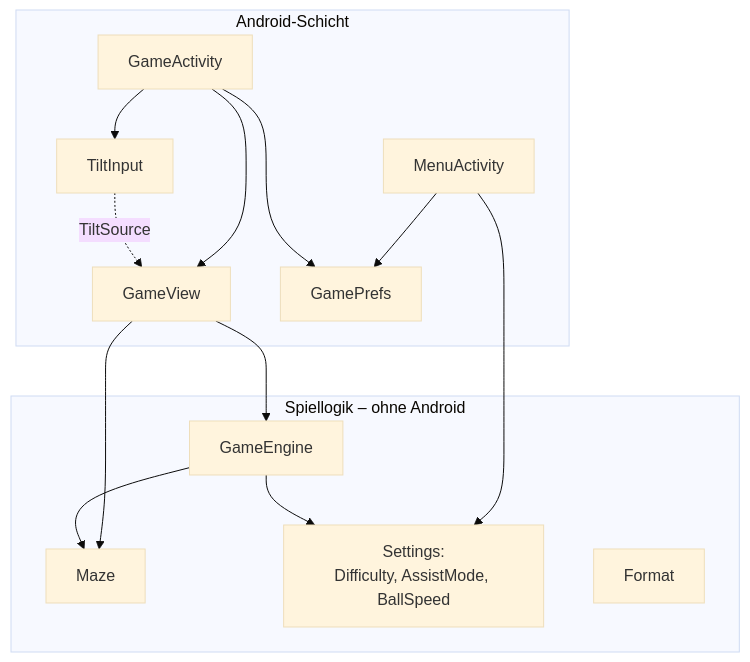
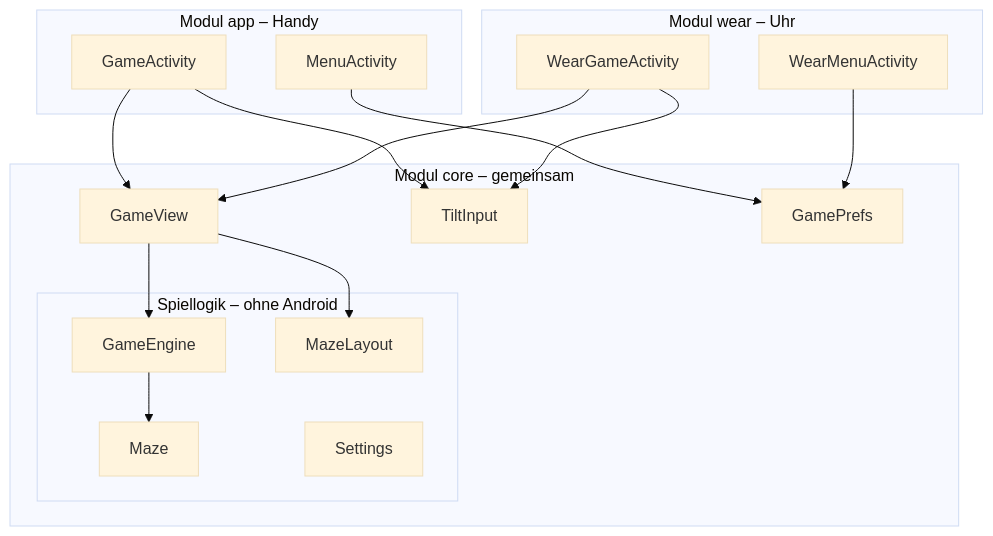
Before and after one commit to Neon153/kugel-labyrinth: the second of 6 diagrams in docs/02-architektur.md, drawn with Mermaid (base theme). The commit also changed other lines of this file and 9 other files, not shown here.

First line of the commit message:
Dokumentation für Version 1.4.0 (Uhr-App)

````diff
--- a/docs/02-architektur.md
+++ b/docs/02-architektur.md
@@ -79,26 +90,31 @@
 ```mermaid
 flowchart TB
-    subgraph UI[Android-Schicht]
+    subgraph APP[Modul app – Handy]
         Menu[MenuActivity]
         GameAct[GameActivity]
+    end
+    subgraph WEAR[Modul wear – Uhr]
+        WMenu[WearMenuActivity]
+        WGame[WearGameActivity]
+    end
+    subgraph CORE[Modul core – gemeinsam]
         View[GameView]
         Tilt[TiltInput]
         Prefs[GamePrefs]
-    end
-    subgraph Core[Spiellogik – ohne Android]
-        Engine[GameEngine]
-        Maze[Maze]
-        Settings[Settings:<br/>Difficulty, AssistMode, BallSpeed]
-        Format[Format]
+        subgraph Logic[Spiellogik – ohne Android]
+            Engine[GameEngine]
+            Maze[Maze]
+            Layout[MazeLayout]
+            Settings[Settings]
+        end
     end
     Menu --> Prefs
-    Menu --> Settings
-    GameAct --> Prefs
     GameAct --> View
     GameAct --> Tilt
+    WMenu --> Prefs
+    WGame --> View
+    WGame --> Tilt
     View --> Engine
-    View --> Maze
-    Tilt -. TiltSource .-> View
+    View --> Layout
     Engine --> Maze
-    Engine --> Settings
 ```
````
